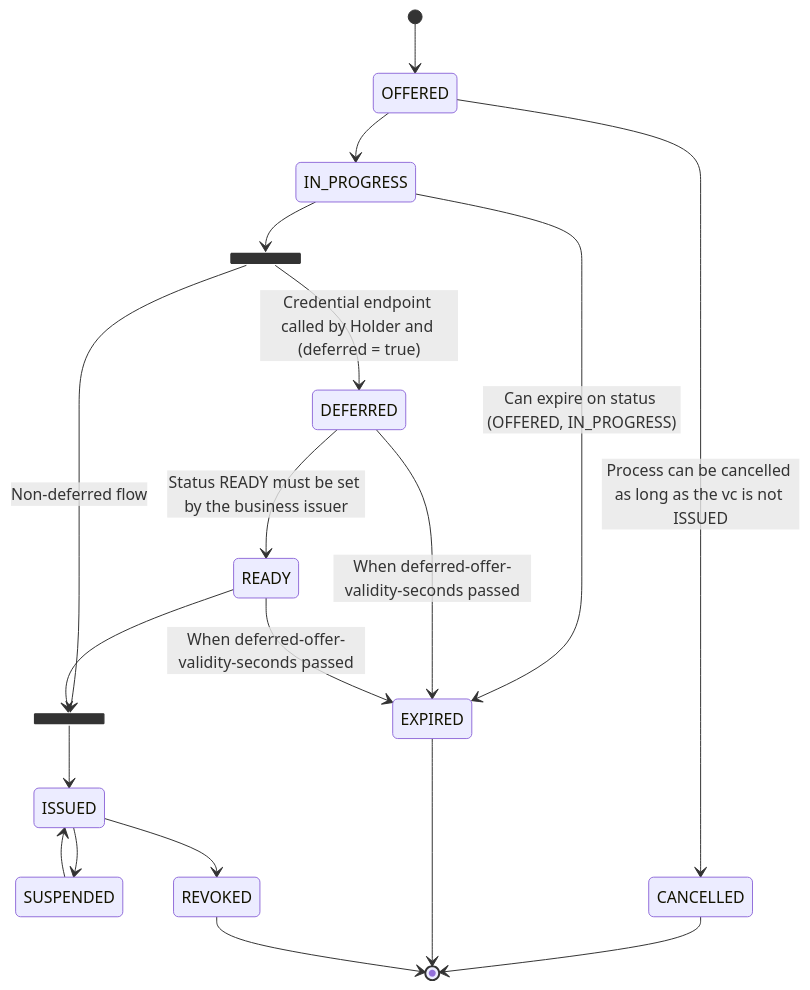
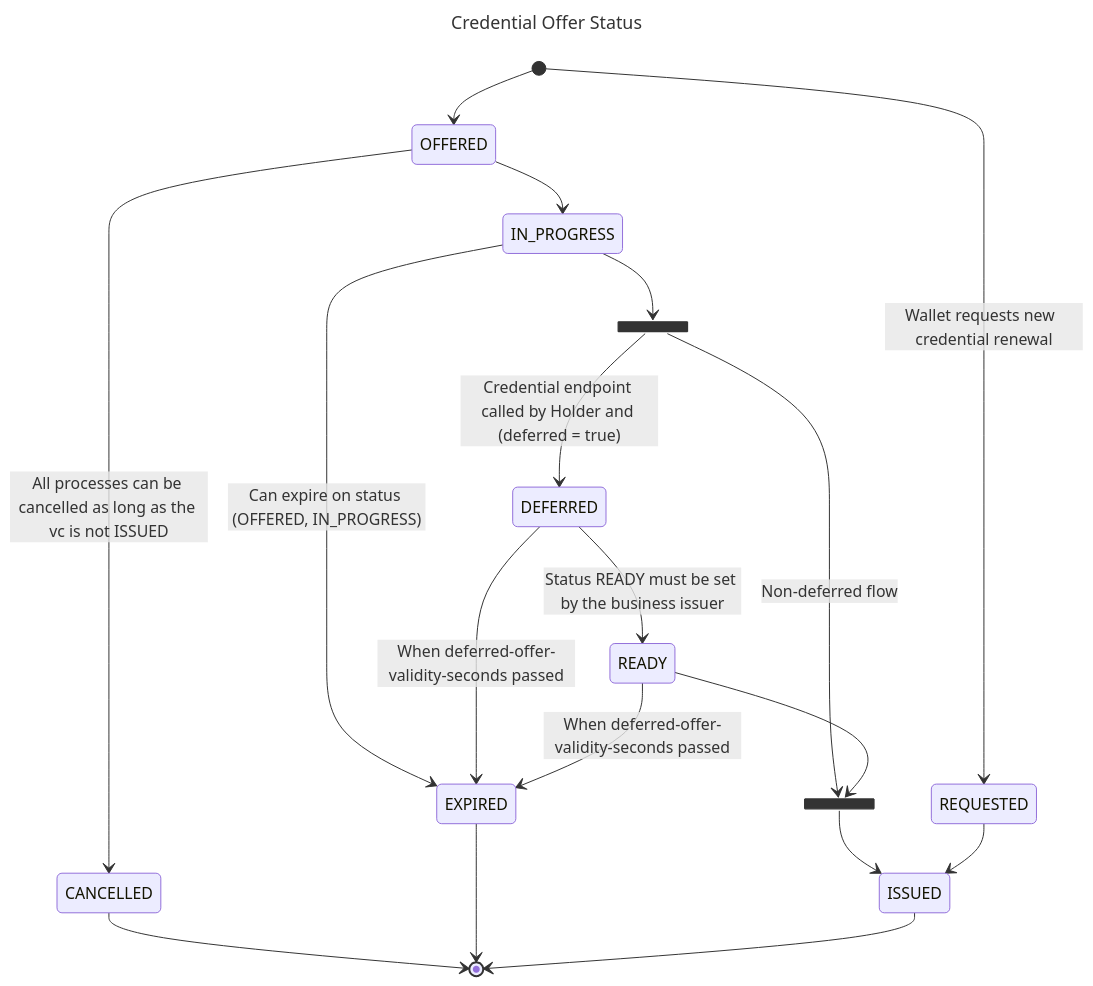
The sixth of 6 diagrams in README.md (swiyu-admin-ch/swiyu-issuer), drawn with Mermaid before and after one commit. The commit also changed other lines of this file and 2 other files, not shown here.

Commit message:
fix(EIDOMNI-292): fix documentation and revoked finding

````diff
--- a/README.md
+++ b/README.md
@@ -670,31 +717,34 @@
 ```mermaid
+---
+title: Credential Offer Status
+---
+
 stateDiagram-v2
     OFFERED
     IN_PROGRESS
     state fork_state <<fork>>
     DEFERRED
     READY
     state join_state <<join>>
     EXPIRED
     ISSUED
-    SUSPENDED
-    REVOKED
+    REQUESTED
+
     [*] --> OFFERED
-    OFFERED --> CANCELLED : Process can be cancelled as long as the vc is not ISSUED
+    [*] --> REQUESTED : Wallet requests new  credential renewal
+    OFFERED --> CANCELLED : All processes can be cancelled as long as the vc is not ISSUED
     CANCELLED --> [*]
     OFFERED --> IN_PROGRESS
     IN_PROGRESS --> fork_state
     fork_state --> DEFERRED : Credential endpoint called by Holder and (deferred = true)
     fork_state --> join_state : Non-deferred flow
     IN_PROGRESS --> EXPIRED : Can expire on status (OFFERED, IN_PROGRESS)
     EXPIRED --> [*]
     DEFERRED --> READY : Status READY must be set by the business issuer
     DEFERRED --> EXPIRED : When deferred-offer-validity-seconds passed
     READY --> join_state
     READY --> EXPIRED : When deferred-offer-validity-seconds passed
     join_state --> ISSUED
-    ISSUED --> SUSPENDED
-    SUSPENDED --> ISSUED
-    ISSUED --> REVOKED
-    REVOKED --> [*]
+    REQUESTED --> ISSUED
+    ISSUED --> [*]
 ```
````
